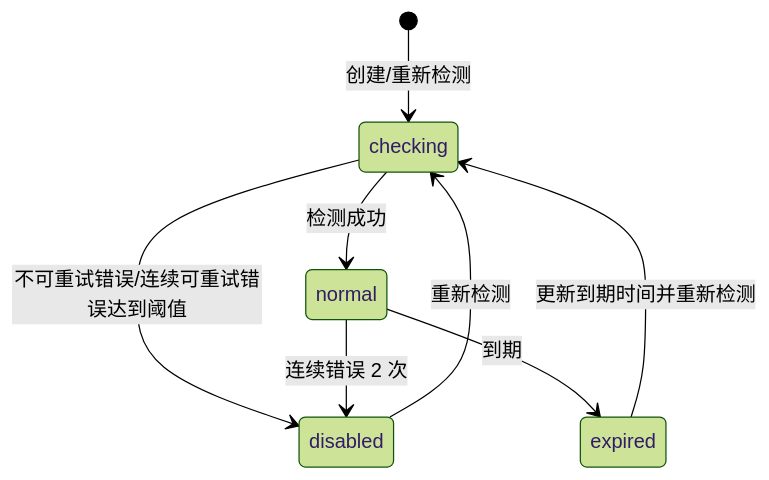
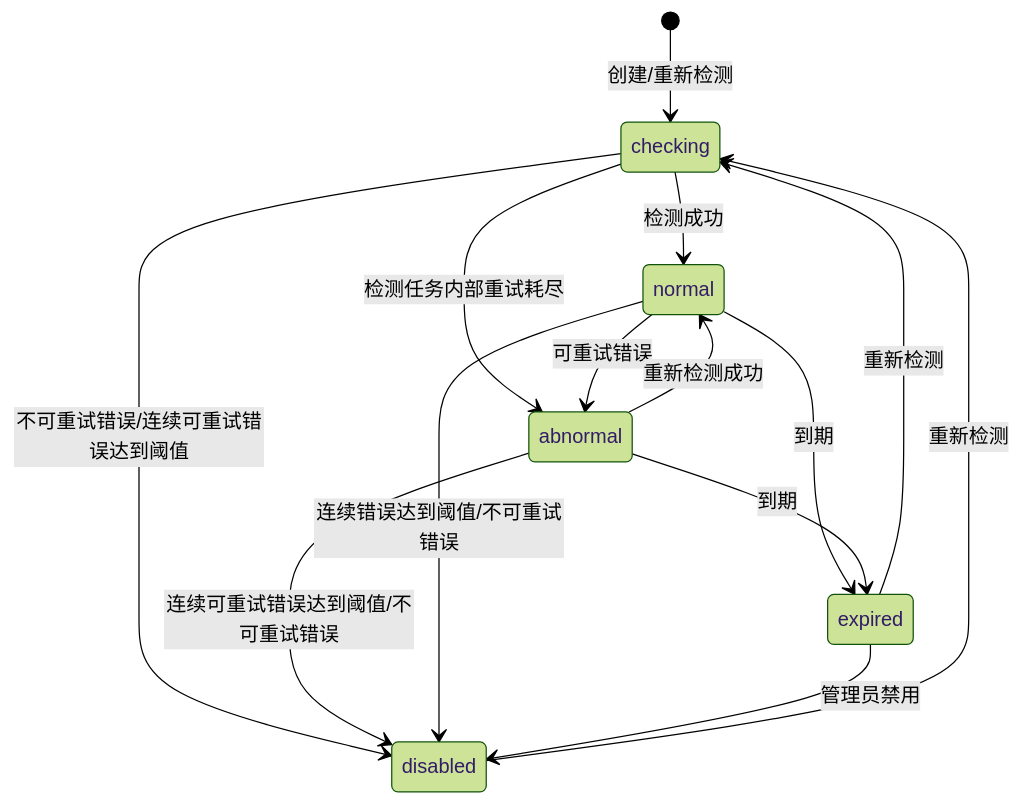
The diagram in docs/15-proxy-pool.md (donnel666/remail), drawn with Mermaid (forest theme) before and after one commit. The commit also changed other lines of this file and 24 other files, not shown here.

````diff
--- a/docs/15-proxy-pool.md
+++ b/docs/15-proxy-pool.md
@@ -84,10 +97,16 @@
 ```mermaid
 stateDiagram-v2
     [*] --> checking: 创建/重新检测
     checking --> normal: 检测成功
+    checking --> abnormal: 检测任务内部重试耗尽
     checking --> disabled: 不可重试错误/连续可重试错误达到阈值
-    normal --> disabled: 连续错误 2 次
+    normal --> abnormal: 可重试错误
+    abnormal --> normal: 重新检测成功
+    abnormal --> disabled: 连续可重试错误达到阈值/不可重试错误
+    normal --> disabled: 连续错误达到阈值/不可重试错误
     normal --> expired: 到期
+    abnormal --> expired: 到期
     disabled --> checking: 重新检测
-    expired --> checking: 更新到期时间并重新检测
+    expired --> checking: 重新检测
+    expired --> disabled: 管理员禁用
 ```
````
